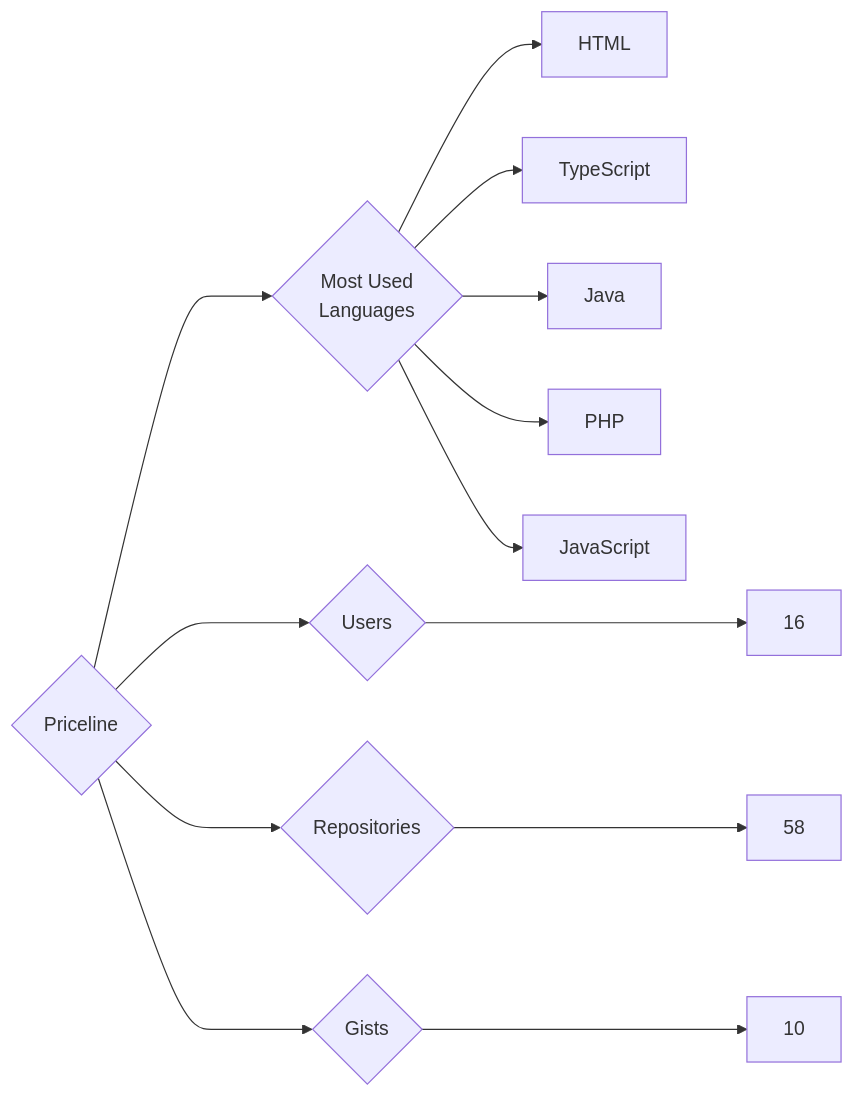
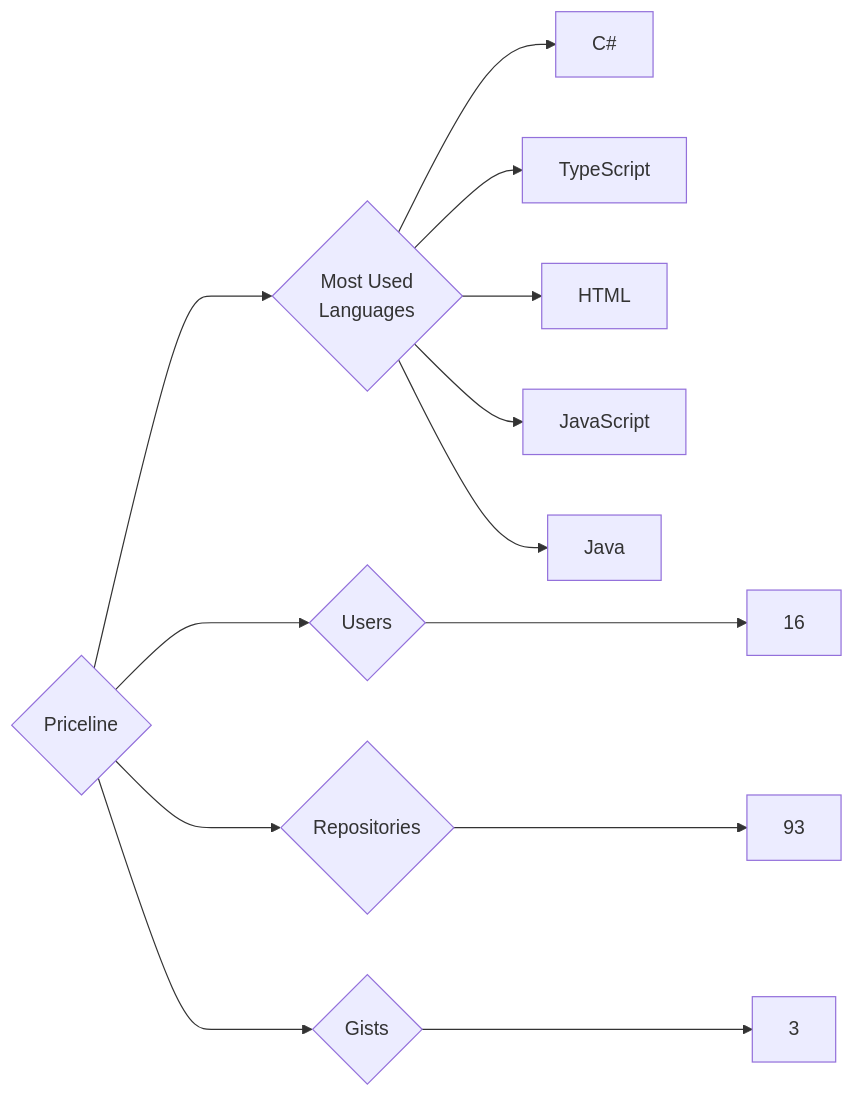
The diagram in targets/Priceline/README.md (trickest/insiders), drawn with Mermaid before and after one commit. The commit also changed 964 other files, not shown here.

````diff
--- a/targets/Priceline/README.md
+++ b/targets/Priceline/README.md
@@ -3,13 +3,13 @@
 ```mermaid
 graph LR
 COMPANY_NAME{Priceline}
 COMPANY_NAME ---> U{Users} ---> UN[16]
-COMPANY_NAME ---> R{Repositories} ---> RN[58]
-COMPANY_NAME ---> G{Gists} ---> GN[10]
+COMPANY_NAME ---> R{Repositories} ---> RN[93]
+COMPANY_NAME ---> G{Gists} ---> GN[3]
 COMPANY_NAME ---> ML{Most Used<br>Languages}
+ML --> C#[C#]
+ML --> TypeScript[TypeScript]
 ML --> HTML[HTML]
-ML --> TypeScript[TypeScript]
+ML --> JavaScript[JavaScript]
 ML --> Java[Java]
-ML --> PHP[PHP]
-ML --> JavaScript[JavaScript]
 ```
````
